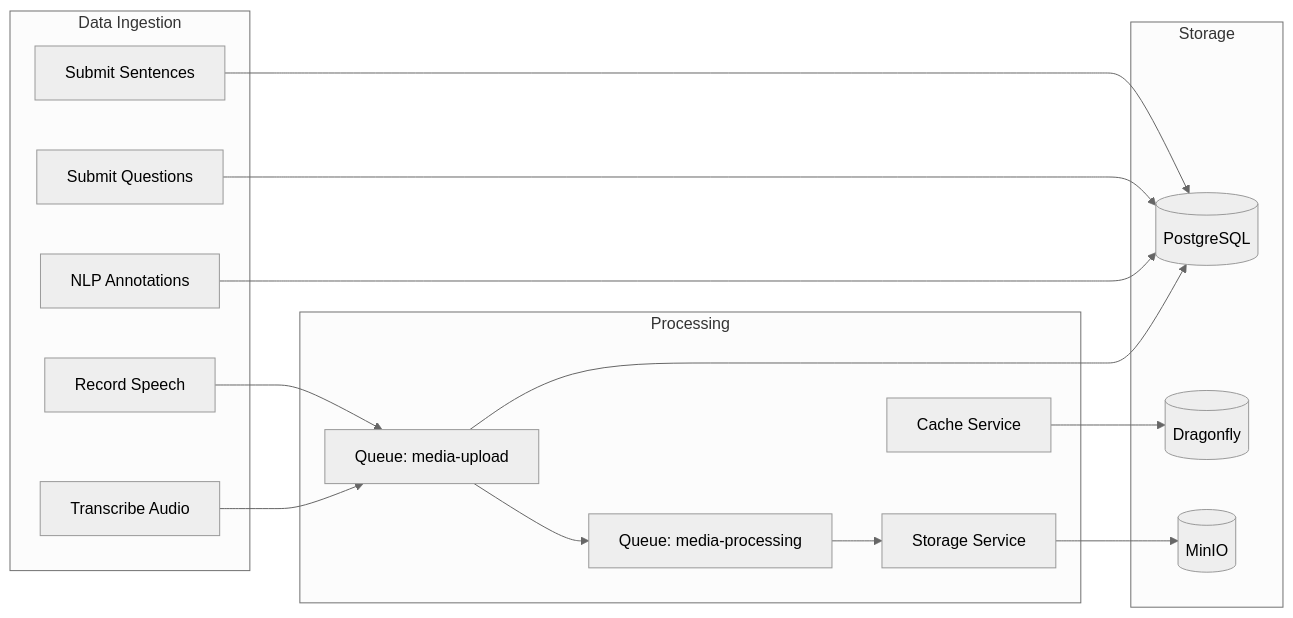
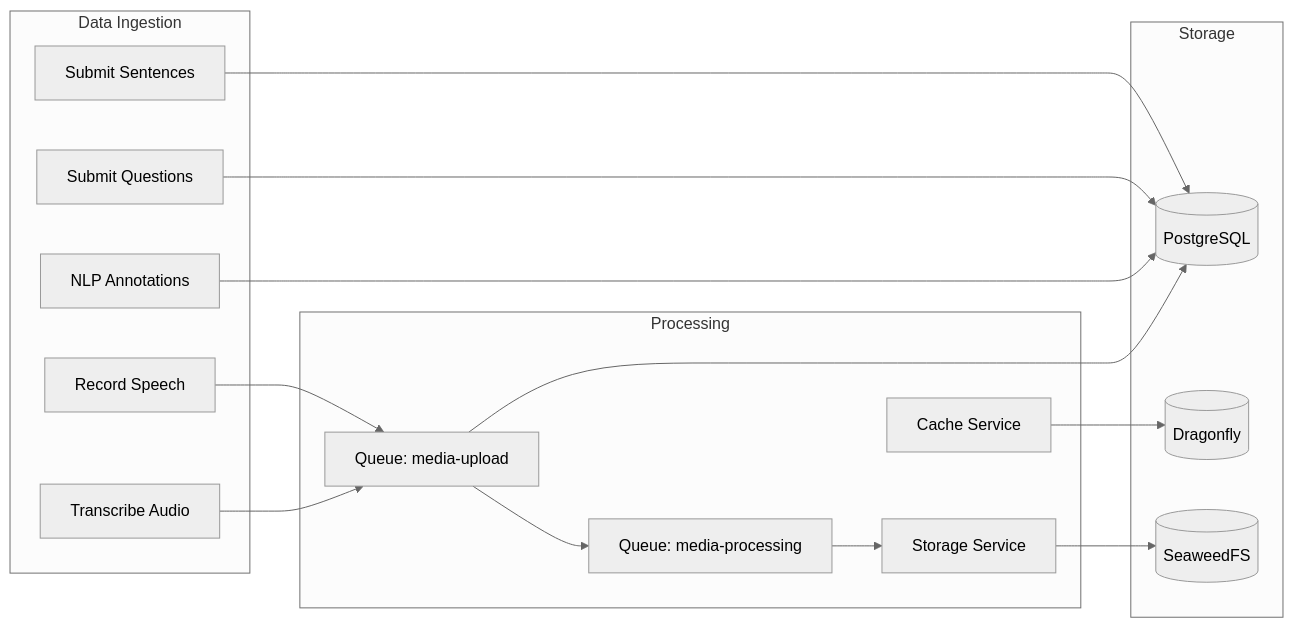
Before and after one commit to ai4lril/ai4lril.github.io: the second of 5 diagrams in Architecture.md, drawn with Mermaid (neutral theme). The commit also changed other lines of this file and 28 other files, not shown here.

````diff
--- a/Architecture.md
+++ b/Architecture.md
@@ -136,34 +136,34 @@
 ```mermaid
 flowchart LR
     subgraph Ingest["Data Ingestion"]
         A1[Record Speech]
         A2[Submit Sentences]
         A3[Submit Questions]
         A4[Transcribe Audio]
         A5[NLP Annotations]
     end
 
     subgraph Process["Processing"]
         B1[Queue: media-upload]
         B2[Queue: media-processing]
         B3[Storage Service]
         B4[Cache Service]
     end
 
     subgraph Store["Storage"]
         C1[(PostgreSQL)]
         C2[(Dragonfly)]
-        C3[(MinIO)]
+        C3[(SeaweedFS)]
     end
 
     A1 --> B1
     A2 --> C1
     A3 --> C1
     A4 --> B1
     A5 --> C1
     B1 --> B2
     B2 --> B3
     B3 --> C3
     B4 --> C2
     B1 --> C1
 ```
````
